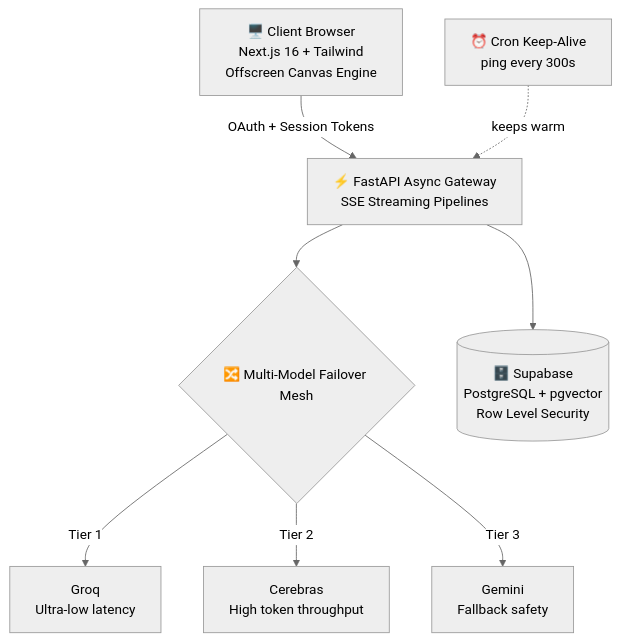
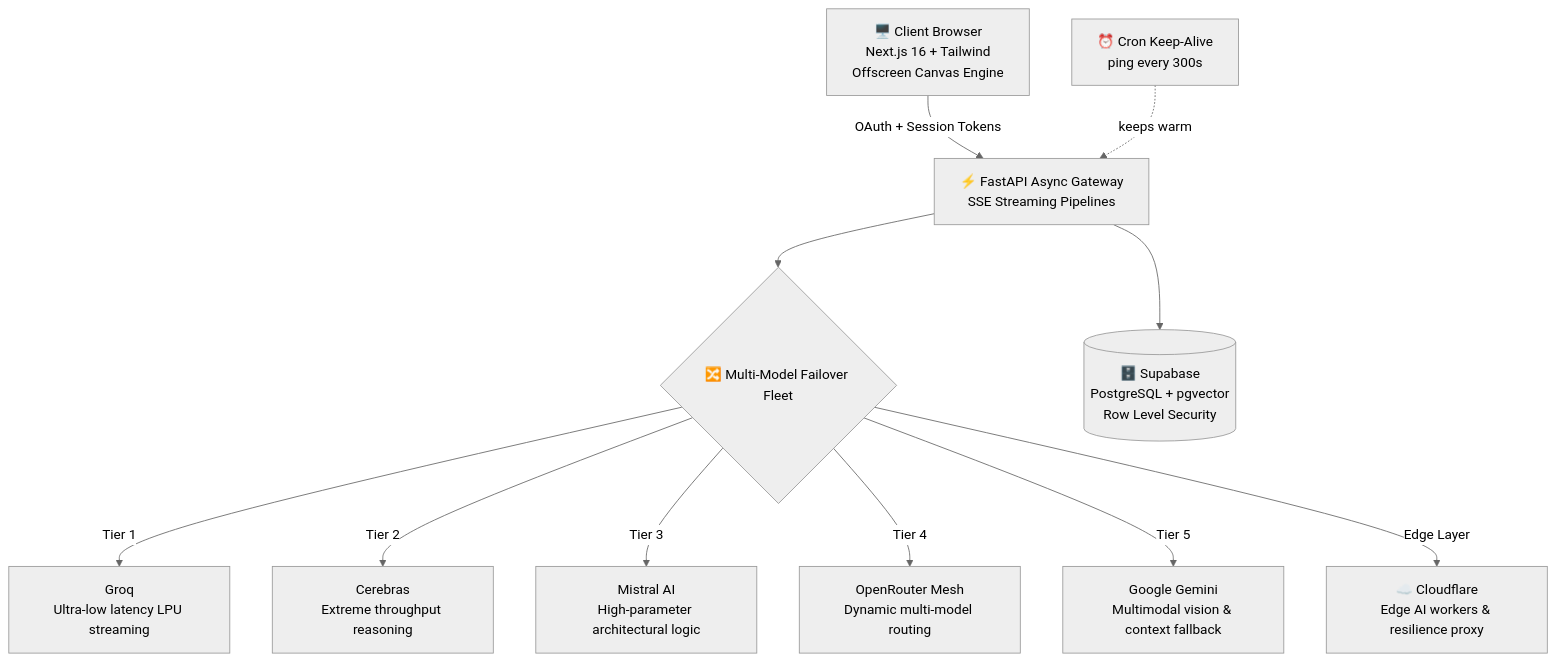
The first of 2 diagrams in README.md (Md-Salik-Ubair/ubair-os), drawn with Mermaid (neutral theme) before and after one commit. The commit also changed other lines of this file, not shown here.

````diff
--- a/README.md
+++ b/README.md
@@ -110,10 +113,13 @@
 ```mermaid
 flowchart TD
     A["🖥️ Client Browser<br/>Next.js 16 + Tailwind<br/>Offscreen Canvas Engine"] -->|"OAuth + Session Tokens"| B["⚡ FastAPI Async Gateway<br/>SSE Streaming Pipelines"]
-    B --> C{"🔀 Multi-Model Failover Mesh"}
-    C -->|"Tier 1"| D["Groq<br/>Ultra-low latency"]
-    C -->|"Tier 2"| E["Cerebras<br/>High token throughput"]
-    C -->|"Tier 3"| F["Gemini<br/>Fallback safety"]
-    B --> G[("🗄️ Supabase<br/>PostgreSQL + pgvector<br/>Row Level Security")]
-    H["⏰ Cron Keep-Alive<br/>ping every 300s"] -.->|"keeps warm"| B
+    B --> C{"🔀 Multi-Model Failover Fleet"}
+    C -->|"Tier 1"| D["Groq<br/>Ultra-low latency LPU streaming"]
+    C -->|"Tier 2"| E["Cerebras<br/>Extreme throughput reasoning"]
+    C -->|"Tier 3"| F["Mistral AI<br/>High-parameter architectural logic"]
+    C -->|"Tier 4"| G["OpenRouter Mesh<br/>Dynamic multi-model routing"]
+    C -->|"Tier 5"| H["Google Gemini<br/>Multimodal vision & context fallback"]
+    C -->|"Edge Layer"| I["☁️ Cloudflare<br/>Edge AI workers & resilience proxy"]
+    B --> J[("🗄️ Supabase<br/>PostgreSQL + pgvector<br/>Row Level Security")]
+    K["⏰ Cron Keep-Alive<br/>ping every 300s"] -.->|"keeps warm"| B
 ```
````
